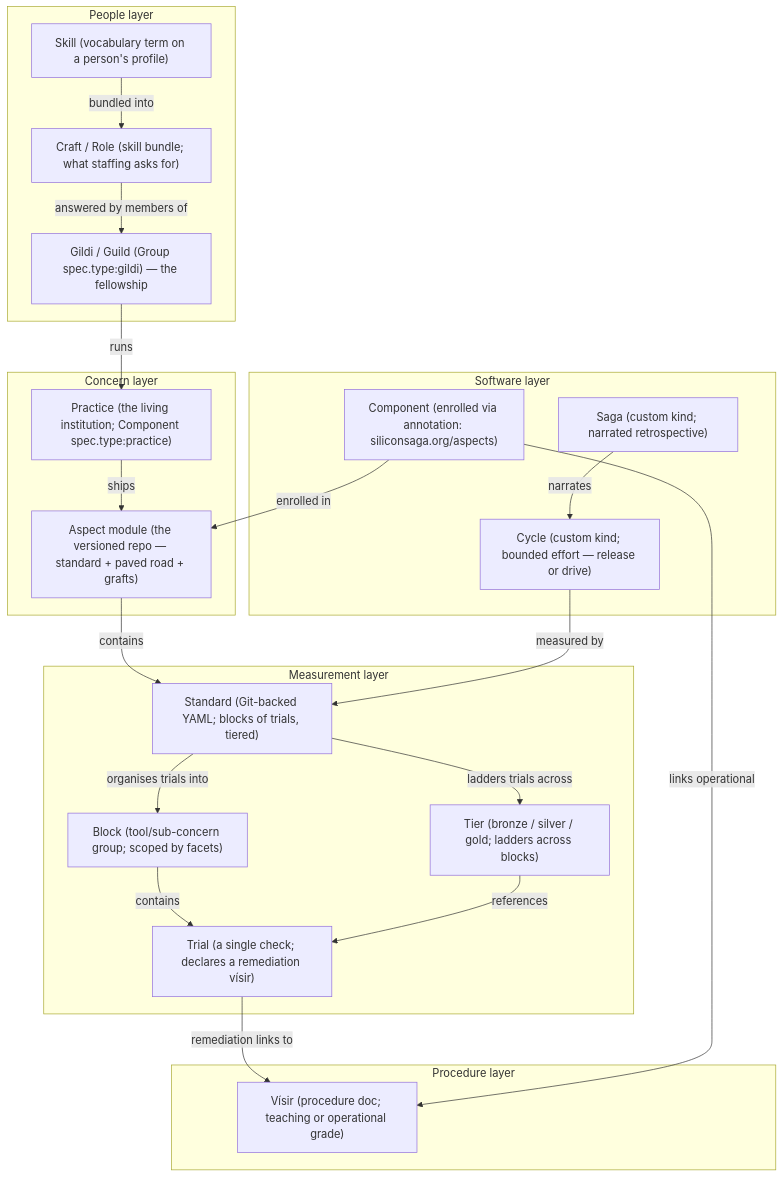
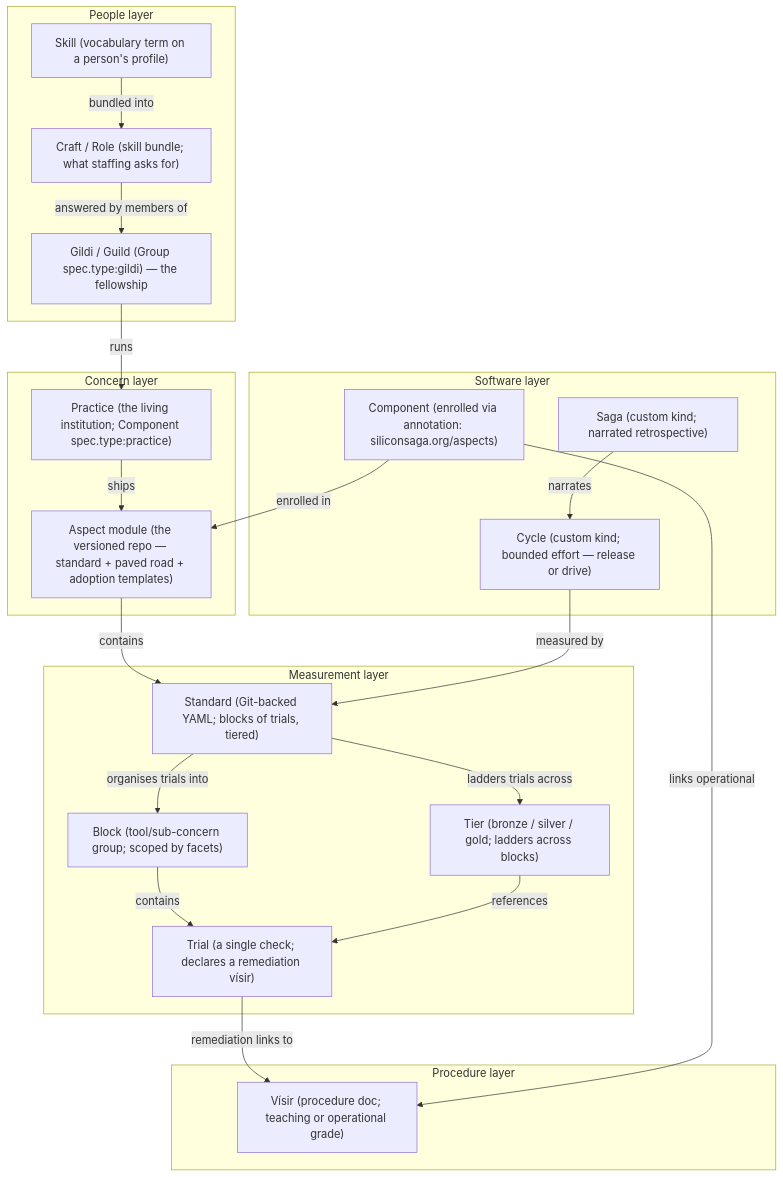
The first of 3 diagrams in docs/guildhall-model.md (SiliconSaga/leidangr), drawn with Mermaid before and after one commit. The commit also changed other lines of this file and 18 other files, not shown here.

````diff
--- a/docs/guildhall-model.md
+++ b/docs/guildhall-model.md
@@ -7,45 +7,45 @@
 ```mermaid
 graph TD
     subgraph "People layer"
         SKILL["Skill (vocabulary term on a person's profile)"]
         CRAFT["Craft / Role (skill bundle; what staffing asks for)"]
         GILDI["Gildi / Guild (Group spec.type:gildi) — the fellowship"]
     end
 
     subgraph "Concern layer"
         PRACTICE["Practice (the living institution; Component spec.type:practice)"]
-        ASPECT["Aspect module (the versioned repo — standard + paved road + grafts)"]
+        ASPECT["Aspect module (the versioned repo — standard + paved road + adoption templates)"]
     end
 
     subgraph "Measurement layer"
         STANDARD["Standard (Git-backed YAML; blocks of trials, tiered)"]
         BLOCK["Block (tool/sub-concern group; scoped by facets)"]
         TIER["Tier (bronze / silver / gold; ladders across blocks)"]
         TRIAL["Trial (a single check; declares a remediation vísir)"]
     end
 
     subgraph "Procedure layer"
         VISAR["Vísir (procedure doc; teaching or operational grade)"]
     end
 
     subgraph "Software layer"
         COMPONENT["Component (enrolled via annotation: siliconsaga.org/aspects)"]
         CYCLE["Cycle (custom kind; bounded effort — release or drive)"]
         SAGA["Saga (custom kind; narrated retrospective)"]
     end
 
     SKILL -->|"bundled into"| CRAFT
     CRAFT -->|"answered by members of"| GILDI
     GILDI -->|"runs"| PRACTICE
     PRACTICE -->|"ships"| ASPECT
     ASPECT -->|"contains"| STANDARD
     STANDARD -->|"organises trials into"| BLOCK
     STANDARD -->|"ladders trials across"| TIER
     BLOCK -->|"contains"| TRIAL
     TIER -->|"references"| TRIAL
     TRIAL -->|"remediation links to"| VISAR
     COMPONENT -->|"enrolled in"| ASPECT
     COMPONENT -->|"links operational"| VISAR
     CYCLE -->|"measured by"| STANDARD
     SAGA -->|"narrates"| CYCLE
 ```
````
